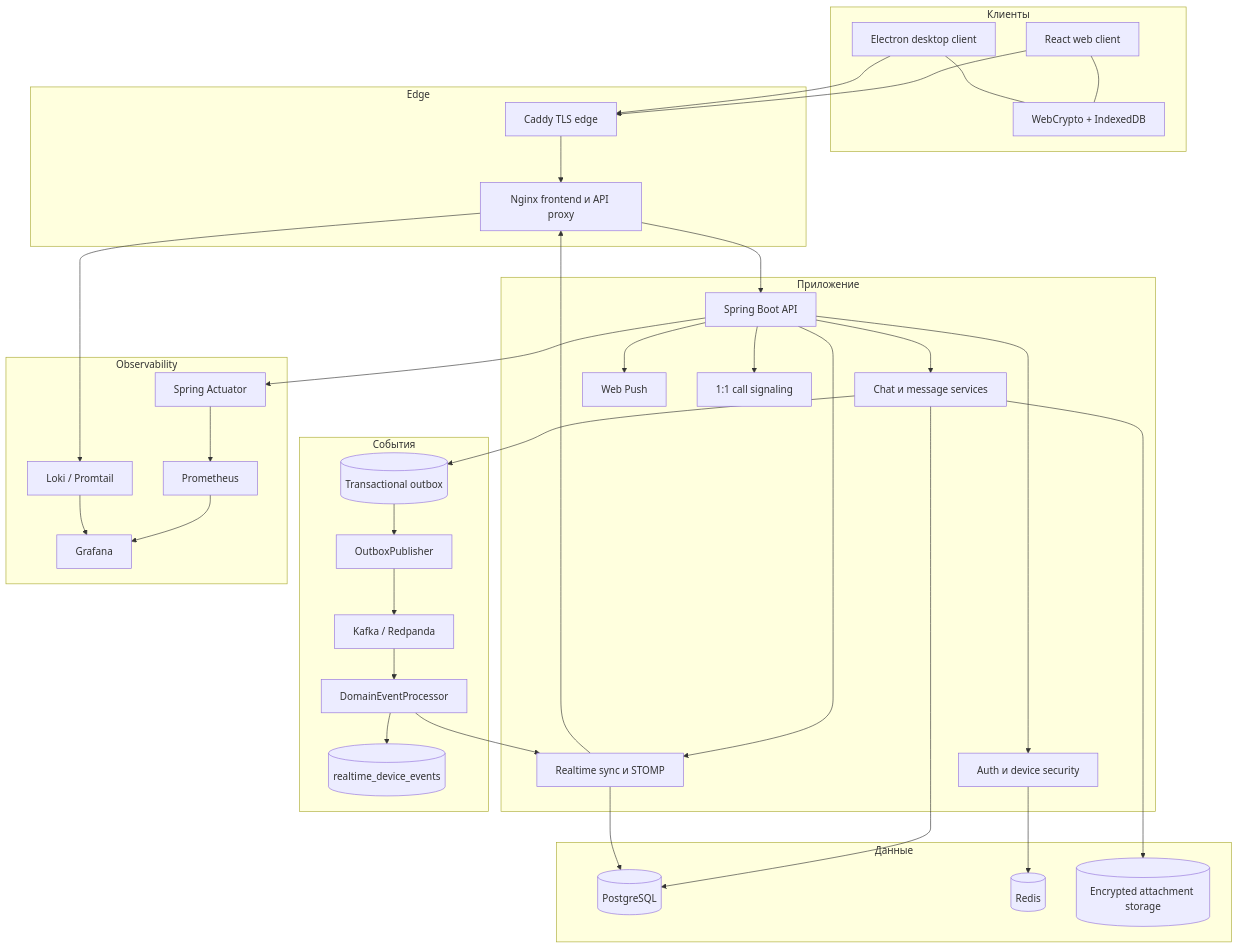
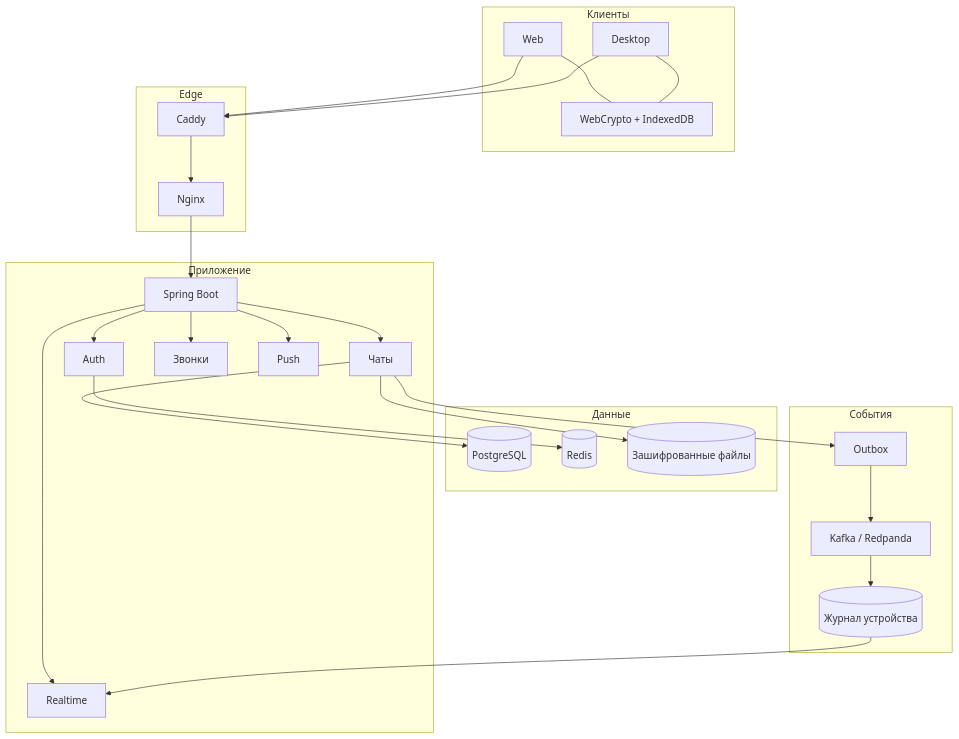
Before and after one commit to vaazhen/chaos-e2ee-messenger: the diagram in README.ru.md, drawn with Mermaid. The commit also changed other lines of this file and 1 other file, not shown here.

````diff
--- a/README.ru.md
+++ b/README.ru.md
@@ -275,71 +120,53 @@
 ```mermaid
 flowchart TB
     subgraph Clients[Клиенты]
-        WEB[React web client]
-        DESKTOP[Electron desktop client]
+        WEB[Web]
+        DESKTOP[Desktop]
         CRYPTO[WebCrypto + IndexedDB]
         WEB --- CRYPTO
         DESKTOP --- CRYPTO
     end
 
     subgraph Edge
-        CADDY[Caddy TLS edge]
-        NGINX[Nginx frontend и API proxy]
+        CADDY[Caddy]
+        NGINX[Nginx]
     end
 
     subgraph Application[Приложение]
-        API[Spring Boot API]
-        AUTH[Auth и device security]
-        CHAT[Chat и message services]
-        RT[Realtime sync и STOMP]
-        PUSH[Web Push]
-        CALLS[1:1 call signaling]
+        API[Spring Boot]
+        AUTH[Auth]
+        CHAT[Чаты]
+        RT[Realtime]
+        CALLS[Звонки]
+        PUSH[Push]
     end
 
     subgraph Data[Данные]
         PG[(PostgreSQL)]
         REDIS[(Redis)]
-        BLOB[(Encrypted attachment storage)]
+        BLOB[(Зашифрованные файлы)]
     end
 
     subgraph Events[События]
-        OUTBOX[(Transactional outbox)]
-        PUB[OutboxPublisher]
+        OUTBOX[Outbox]
         KAFKA[Kafka / Redpanda]
-        PROC[DomainEventProcessor]
-        DURABLE[(realtime_device_events)]
-    end
-
-    subgraph Observability
-        ACT[Spring Actuator]
-        PROM[Prometheus]
-        LOKI[Loki / Promtail]
-        GRAFANA[Grafana]
+        DURABLE[(Журнал устройства)]
     end
 
     WEB --> CADDY
     DESKTOP --> CADDY
     CADDY --> NGINX
     NGINX --> API
     API --> AUTH
     API --> CHAT
     API --> RT
+    API --> CALLS
     API --> PUSH
-    API --> CALLS
     AUTH --> REDIS
     CHAT --> PG
     CHAT --> BLOB
     CHAT --> OUTBOX
-    OUTBOX --> PUB
-    PUB --> KAFKA
-    KAFKA --> PROC
-    PROC --> DURABLE
-    PROC --> RT
-    RT --> PG
-    RT --> NGINX
-    API --> ACT
-    ACT --> PROM
-    NGINX --> LOKI
-    PROM --> GRAFANA
-    LOKI --> GRAFANA
+    OUTBOX --> KAFKA
+    KAFKA --> DURABLE
+    DURABLE --> RT
 ```
````
